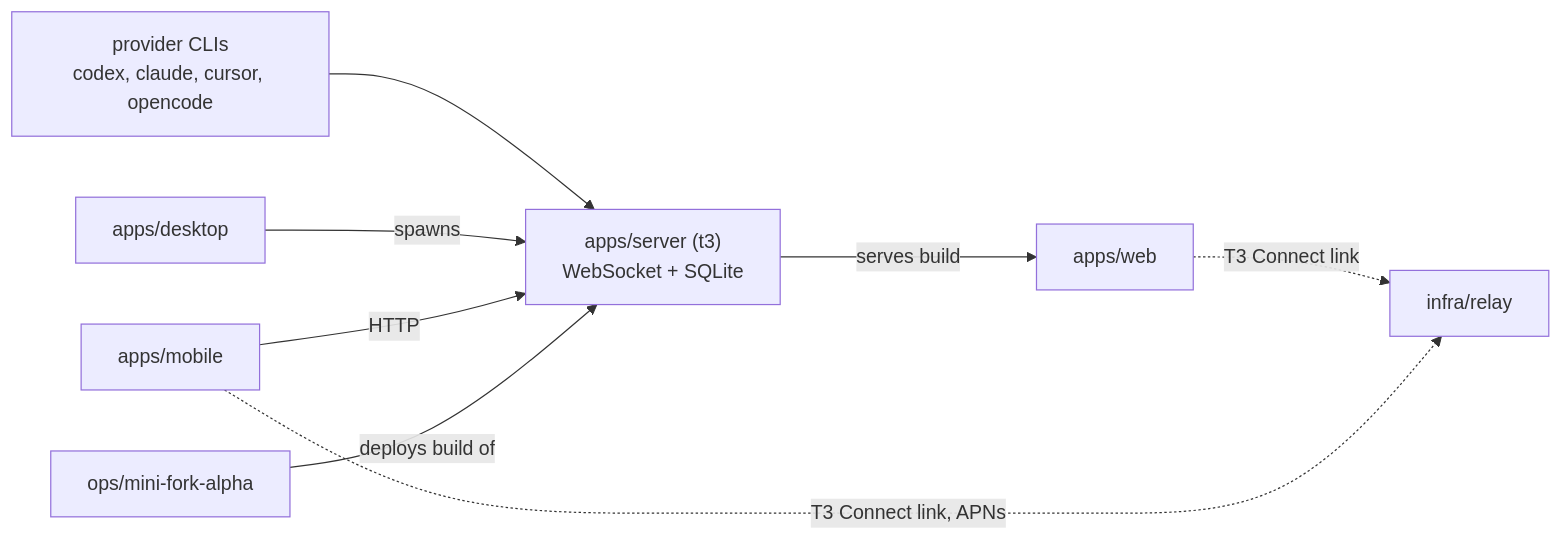
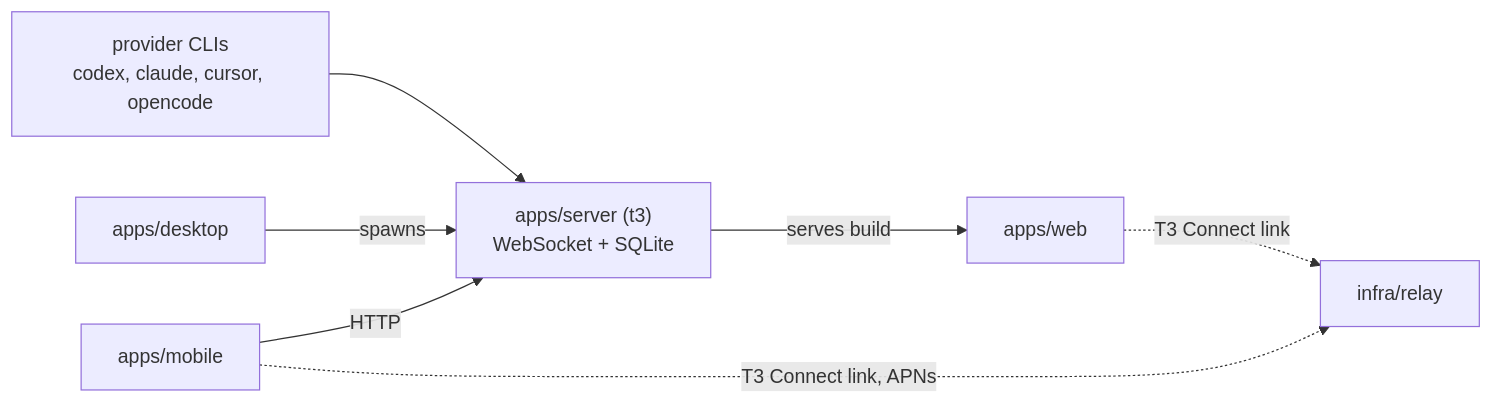
One commit to mimen/t3code changed the diagram in PROJECT.md. Above: the diagram before and after it, drawn with Mermaid. The commit also changed other lines of this file and 36 other files, not shown here.

First line of the commit message:
fork: add FORK.md and retire the Mini server code

````diff
--- a/PROJECT.md
+++ b/PROJECT.md
@@ -58,10 +46,9 @@
 ```mermaid
 flowchart LR
   cli["provider CLIs<br/>codex, claude, cursor, opencode"] --> S
   S["apps/server (t3)<br/>WebSocket + SQLite"] -->|serves build| W["apps/web"]
   D["apps/desktop"] -->|spawns| S
   M["apps/mobile"] -->|HTTP| S
   W -.->|T3 Connect link| R["infra/relay"]
   M -.->|T3 Connect link, APNs| R
-  MFA["ops/mini-fork-alpha"] -->|deploys build of| S
 ```
````
